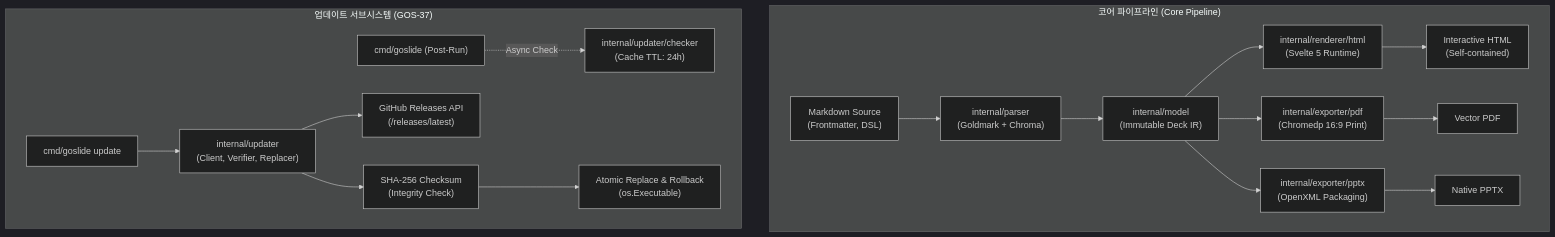
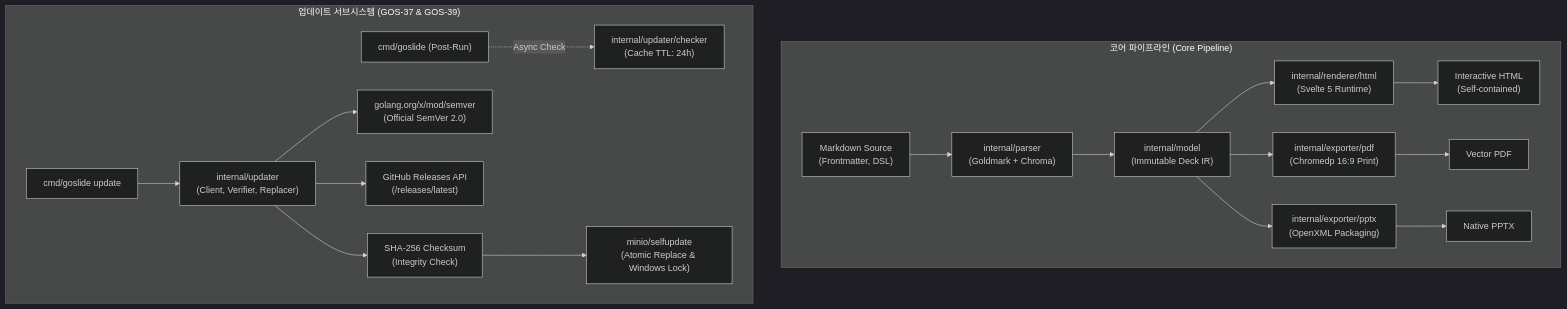
The diagram in docs/reports/well_architected_assessment.md (joincdream/goslide), drawn with Mermaid (dark theme) before and after one commit. The commit also changed other lines of this file and 4 other files, not shown here.

First line of the commit message:
refactor(updater): adopt minio/selfupdate for atomic replacement (GOS-39)

````diff
--- a/docs/reports/well_architected_assessment.md
+++ b/docs/reports/well_architected_assessment.md
@@ -16,21 +16,22 @@
 ```mermaid
 flowchart TD
     subgraph CorePipeline ["코어 파이프라인 (Core Pipeline)"]
         Source["Markdown Source\n(Frontmatter, DSL)"] --> Parser["internal/parser\n(Goldmark + Chroma)"]
         Parser --> Model["internal/model\n(Immutable Deck IR)"]
         Model --> Renderer["internal/renderer/html\n(Svelte 5 Runtime)"]
         Renderer --> HTML["Interactive HTML\n(Self-contained)"]
         Model --> PDF["internal/exporter/pdf\n(Chromedp 16:9 Print)"]
         PDF --> PDFOut["Vector PDF"]
         Model --> PPTX["internal/exporter/pptx\n(OpenXML Packaging)"]
         PPTX --> PPTXOut["Native PPTX"]
     end
 
-    subgraph UpdaterPipeline ["업데이트 서브시스템 (GOS-37)"]
+    subgraph UpdaterPipeline ["업데이트 서브시스템 (GOS-37 & GOS-39)"]
         CLIUpdate["cmd/goslide update"] --> Updater["internal/updater\n(Client, Verifier, Replacer)"]
         RootPostRun["cmd/goslide (Post-Run)"] -.->|Async Check| Checker["internal/updater/checker\n(Cache TTL: 24h)"]
+        Updater --> SemVer["golang.org/x/mod/semver\n(Official SemVer 2.0)"]
         Updater --> GHReleases["GitHub Releases API\n(/releases/latest)"]
         Updater --> Verifier["SHA-256 Checksum\n(Integrity Check)"]
-        Verifier --> Replacer["Atomic Replace & Rollback\n(os.Executable)"]
+        Verifier --> Replacer["minio/selfupdate\n(Atomic Replace & Windows Lock)"]
     end
 ```
````
